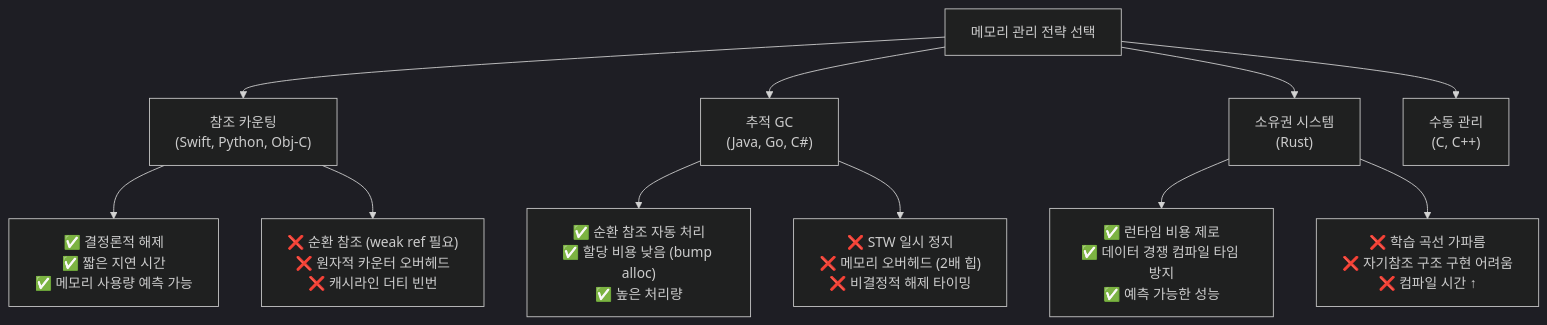
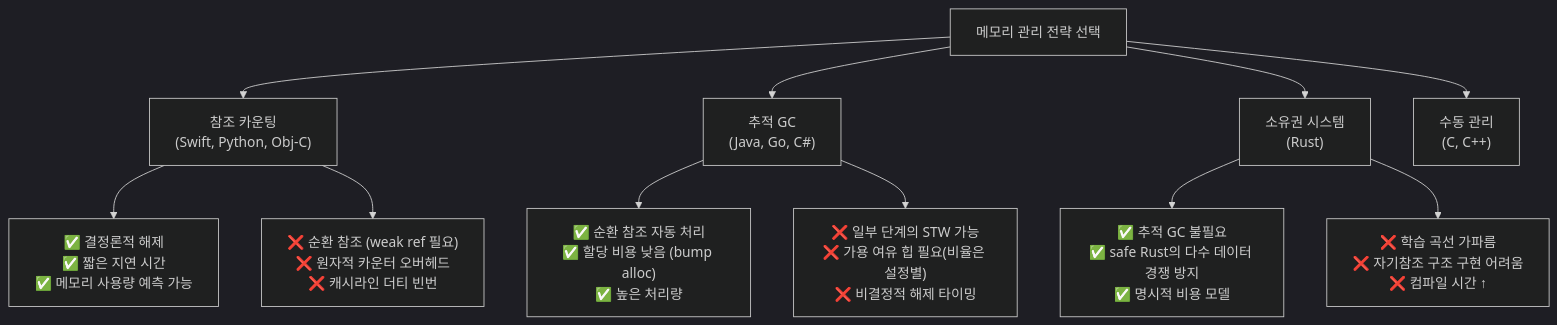
One commit to choisimo/document changed diagram 32 of 34 in content/docs/books/cs-reference/ko/programming-languages-internals.md. Above: the diagram before and after it, drawn with Mermaid (dark theme). The commit also changed other lines of this file and 504 other files, not shown here.

````diff
--- a/content/docs/books/cs-reference/ko/programming-languages-internals.md
+++ b/content/docs/books/cs-reference/ko/programming-languages-internals.md
@@ -643,17 +651,17 @@
 ```mermaid
 flowchart TD
     GC["메모리 관리 전략 선택"]
     GC --> RC["참조 카운팅\n(Swift, Python, Obj-C)"]
     GC --> Tracing["추적 GC\n(Java, Go, C#)"]
     GC --> Ownership["소유권 시스템\n(Rust)"]
     GC --> Manual["수동 관리\n(C, C++)"]
 
     RC --> RC_Pro["✅ 결정론적 해제\n✅ 짧은 지연 시간\n✅ 메모리 사용량 예측 가능"]
     RC --> RC_Con["❌ 순환 참조 (weak ref 필요)\n❌ 원자적 카운터 오버헤드\n❌ 캐시라인 더티 빈번"]
 
     Tracing --> Tr_Pro["✅ 순환 참조 자동 처리\n✅ 할당 비용 낮음 (bump alloc)\n✅ 높은 처리량"]
-    Tracing --> Tr_Con["❌ STW 일시 정지\n❌ 메모리 오버헤드 (2배 힙)\n❌ 비결정적 해제 타이밍"]
+    Tracing --> Tr_Con["❌ 일부 단계의 STW 가능\n❌ 가용 여유 힙 필요(비율은 설정별)\n❌ 비결정적 해제 타이밍"]
 
-    Ownership --> Own_Pro["✅ 런타임 비용 제로\n✅ 데이터 경쟁 컴파일 타임 방지\n✅ 예측 가능한 성능"]
+    Ownership --> Own_Pro["✅ 추적 GC 불필요\n✅ safe Rust의 다수 데이터 경쟁 방지\n✅ 명시적 비용 모델"]
     Ownership --> Own_Con["❌ 학습 곡선 가파름\n❌ 자기참조 구조 구현 어려움\n❌ 컴파일 시간 ↑"]
 ```
````
